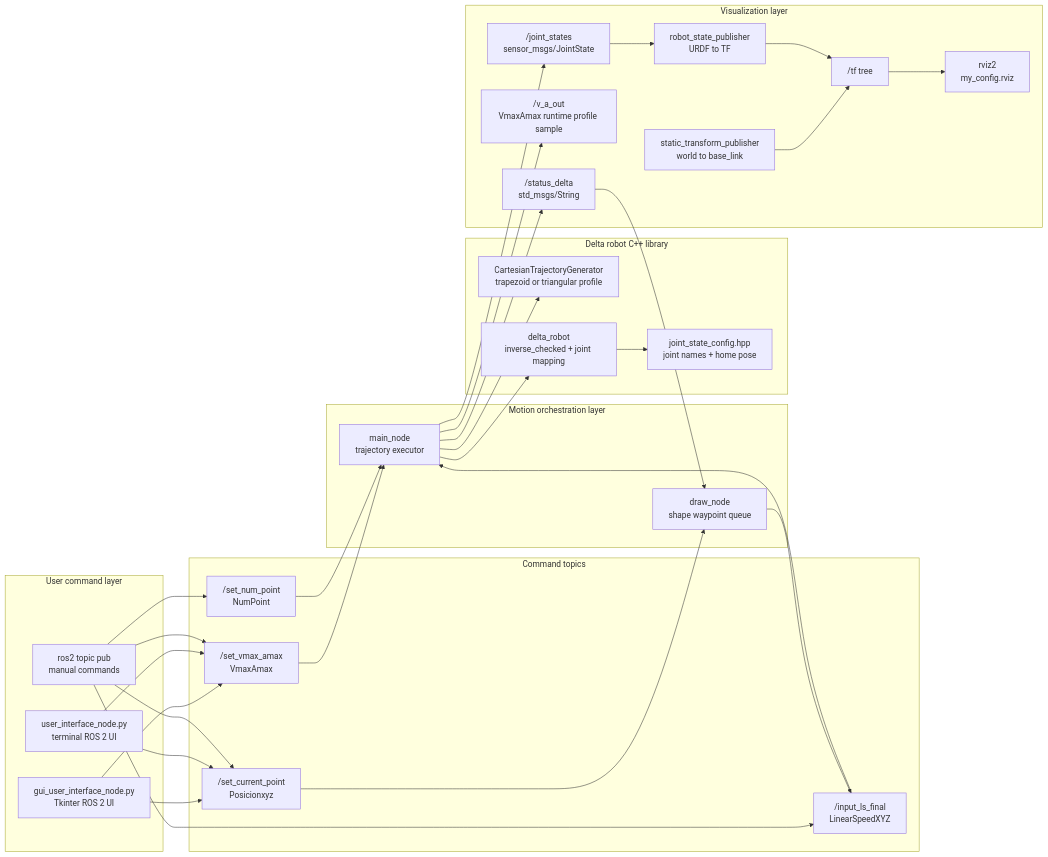
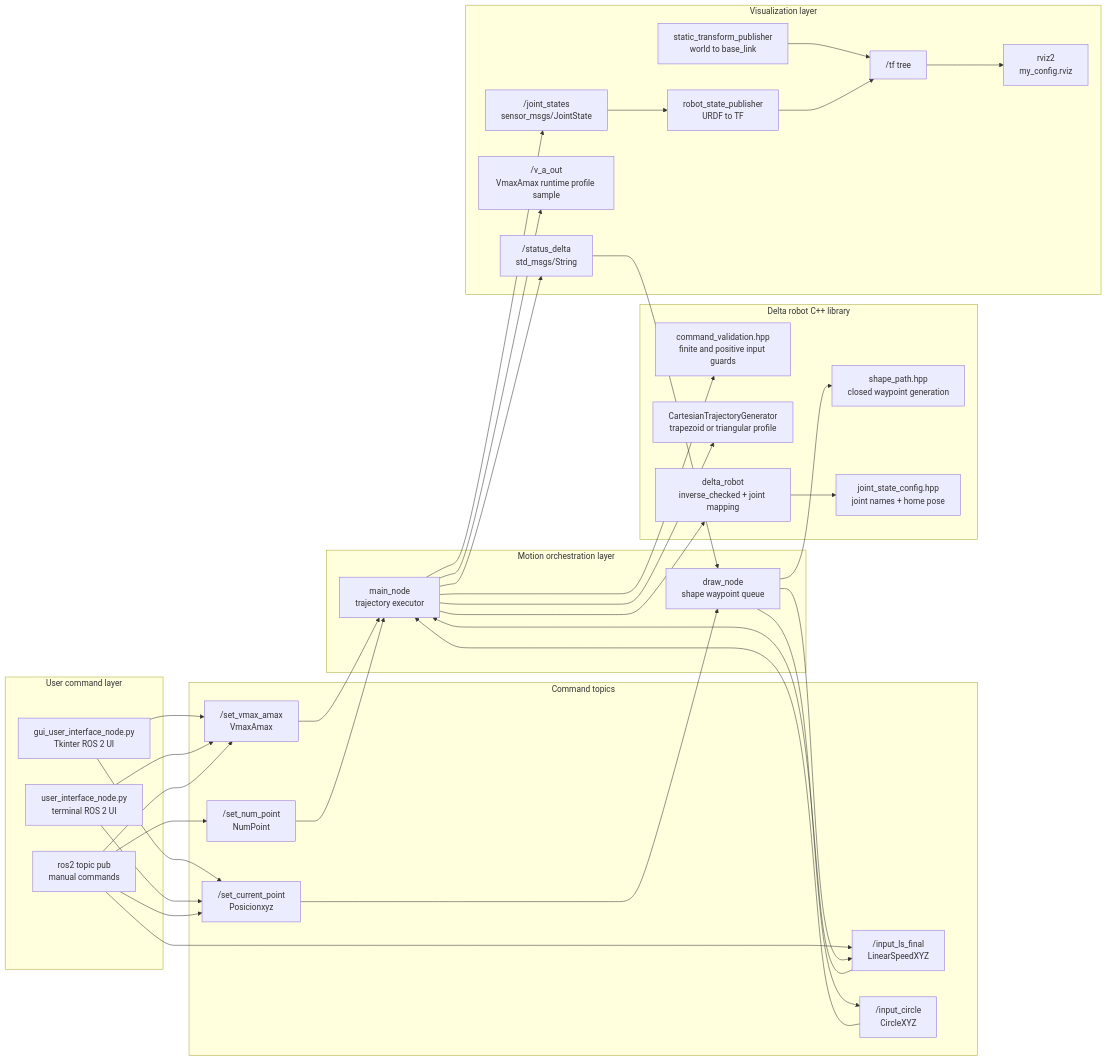
Before and after one commit to thanhduong8457/ROS: the first of 6 diagrams in docs/software_architecture.md, drawn with Mermaid. The commit also changed other lines of this file and 13 other files, not shown here.

Commit message:
Refactor motion flow and add smooth circle trajectories

````diff
--- a/docs/software_architecture.md
+++ b/docs/software_architecture.md
@@ -9,64 +9,71 @@
 ```mermaid
 flowchart LR
     subgraph UserLayer["User command layer"]
         GUI["gui_user_interface_node.py<br/>Tkinter ROS 2 UI"]
         TUI["user_interface_node.py<br/>terminal ROS 2 UI"]
         CLI["ros2 topic pub<br/>manual commands"]
     end
 
     subgraph CommandTopics["Command topics"]
         LimitsTopic["/set_vmax_amax<br/>VmaxAmax"]
         ShapeTopic["/set_current_point<br/>Posicionxyz"]
         DirectSegmentTopic["/input_ls_final<br/>LinearSpeedXYZ"]
+        CircleTopic["/input_circle<br/>CircleXYZ"]
         ResolutionTopic["/set_num_point<br/>NumPoint"]
     end
 
     subgraph MotionLayer["Motion orchestration layer"]
         DrawNode["draw_node<br/>shape waypoint queue"]
         MainNode["main_node<br/>trajectory executor"]
     end
 
     subgraph CoreLibrary["Delta robot C++ library"]
+        Validation["command_validation.hpp<br/>finite and positive input guards"]
+        ShapePath["shape_path.hpp<br/>closed waypoint generation"]
         Planner["CartesianTrajectoryGenerator<br/>trapezoid or triangular profile"]
         IK["delta_robot<br/>inverse_checked + joint mapping"]
         Config["joint_state_config.hpp<br/>joint names + home pose"]
     end
 
     subgraph Visualization["Visualization layer"]
         JointStates["/joint_states<br/>sensor_msgs/JointState"]
         VelocityOut["/v_a_out<br/>VmaxAmax runtime profile sample"]
         Status["/status_delta<br/>std_msgs/String"]
         RSP["robot_state_publisher<br/>URDF to TF"]
         StaticTF["static_transform_publisher<br/>world to base_link"]
         TF["/tf tree"]
         RViz["rviz2<br/>my_config.rviz"]
     end
 
     GUI --> LimitsTopic
     GUI --> ShapeTopic
     TUI --> LimitsTopic
     TUI --> ShapeTopic
     CLI --> LimitsTopic
     CLI --> ShapeTopic
     CLI --> DirectSegmentTopic
     CLI --> ResolutionTopic
 
     LimitsTopic --> MainNode
     ResolutionTopic --> MainNode
     ShapeTopic --> DrawNode
+    DrawNode --> ShapePath
     DrawNode --> DirectSegmentTopic
+    DrawNode --> CircleTopic
     DirectSegmentTopic --> MainNode
+    CircleTopic --> MainNode
 
+    MainNode --> Validation
     MainNode --> Planner
     MainNode --> IK
     IK --> Config
     MainNode --> JointStates
     MainNode --> VelocityOut
     MainNode --> Status
     Status --> DrawNode
 
     JointStates --> RSP
     StaticTF --> TF
     RSP --> TF
     TF --> RViz
 ```
````
